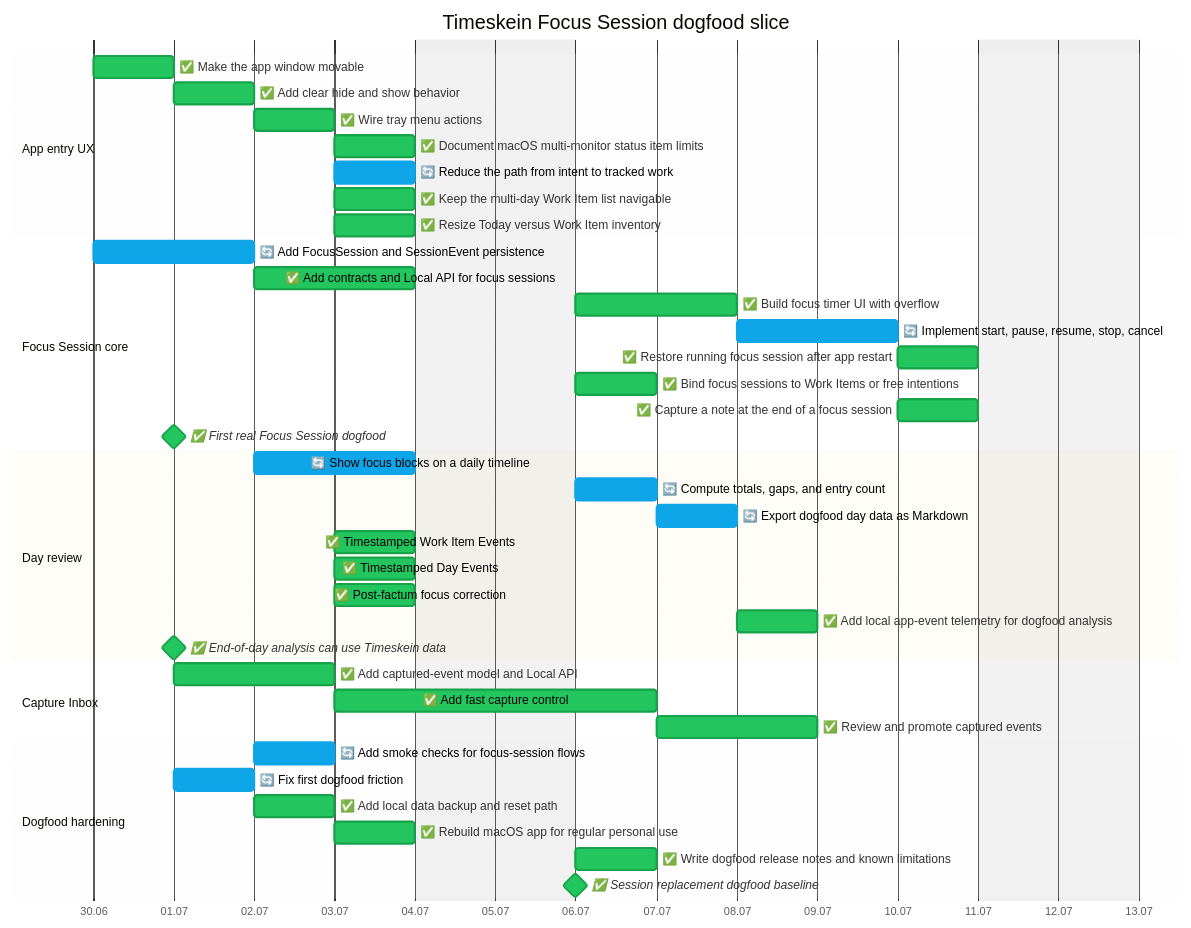
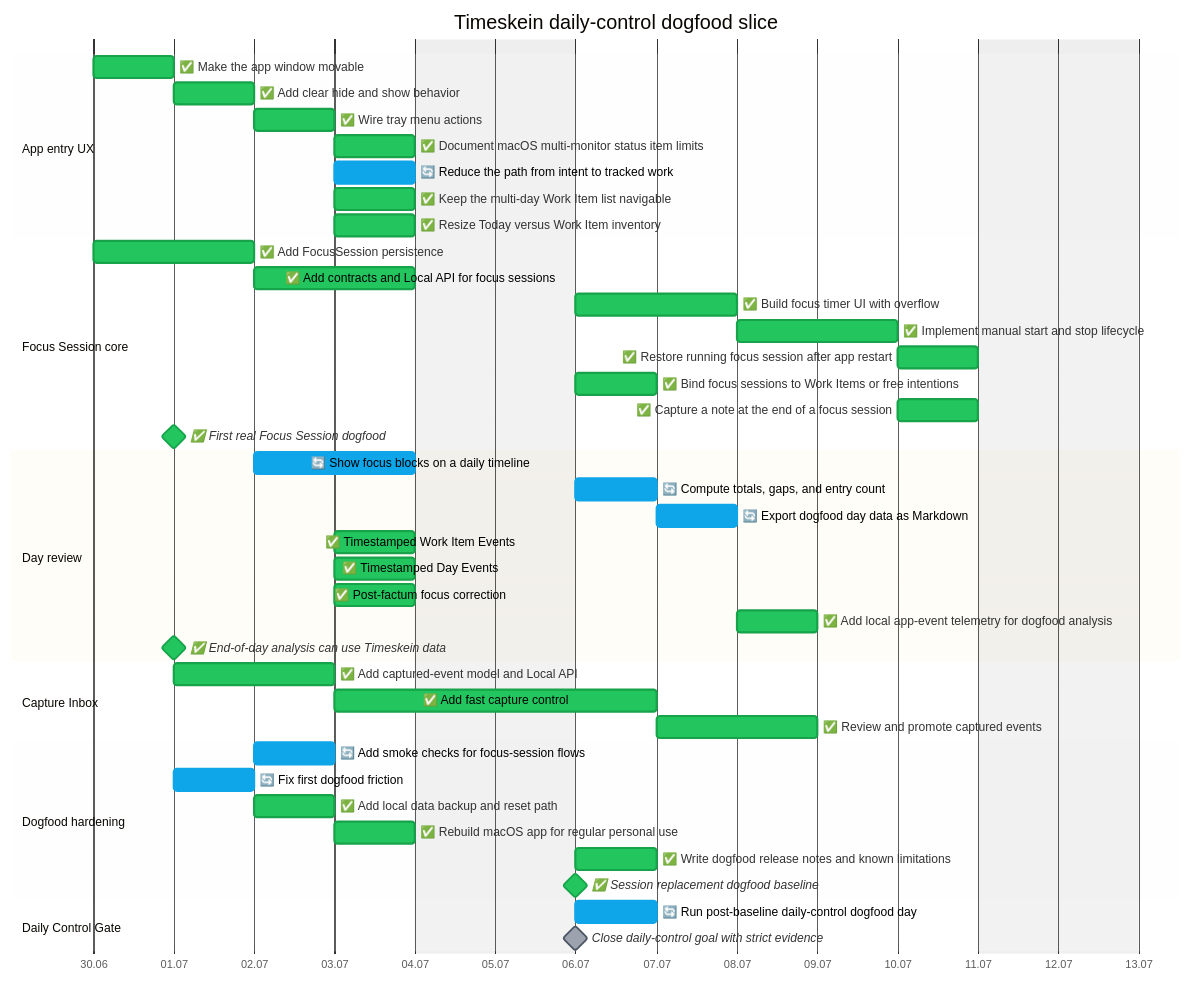
The second of 2 diagrams in docs/roadmap/opskarta.md (asukhodko/timeskein), drawn with Mermaid before and after one commit. The commit also changed other lines of this file and 6 other files, not shown here.

Commit message:
docs: align roadmap with daily-control gate

````diff
--- a/docs/roadmap/opskarta.md
+++ b/docs/roadmap/opskarta.md
@@ -80,47 +83,50 @@
 ```mermaid
 %%{init: {"theme": "base", "themeVariables": {"taskBkgColor": "#9ca3af", "taskBorderColor": "#4b5563", "taskTextColor": "#000000", "taskTextDarkColor": "#000000", "taskTextLightColor": "#000000", "activeTaskBkgColor": "#0ea5e9", "activeTaskBorderColor": "#0ea5e9", "doneTaskBkgColor": "#22c55e", "doneTaskBorderColor": "#16a34a", "critBkgColor": "#fecaca", "critBorderColor": "#fecaca", "todayLineColor": "#ef4444"}} }%%
 
 gantt
-    title Timeskein Focus Session dogfood slice
+    title Timeskein daily-control dogfood slice
     dateFormat YYYY-MM-DD
     axisFormat %d.%m
     excludes weekends
 
     section App entry UX
     ✅ Make the app window movable  :done, ts_ux_entry_window_drag,    2026-06-30, 1d
     ✅ Add clear hide and show behavior  :done, ts_ux_entry_hide_toggle,    2026-07-01, 1d
     ✅ Wire tray menu actions  :done, ts_ux_entry_tray_actions,    2026-07-02, 1d
     ✅ Document macOS multi-monitor status item limits  :done, ts_ux_entry_monitor_policy,    2026-07-03, 1d
     🔄 Reduce the path from intent to tracked work  :active, ts_ux_entry_fast_track_flow,    2026-07-03, 1d
     ✅ Keep the multi-day Work Item list navigable  :done, ts_ux_entry_inventory_modes,    2026-07-03, 1d
     ✅ Resize Today versus Work Item inventory  :done, ts_ux_entry_resizable_today_split,    2026-07-03, 1d
     section Focus Session core
-    🔄 Add FocusSession and SessionEvent persistence  :active, ts_focus_core_model_migrations,    2026-06-30, 2d
+    ✅ Add FocusSession persistence  :done, ts_focus_core_model_migrations,    2026-06-30, 2d
     ✅ Add contracts and Local API for focus sessions  :done, ts_focus_core_contracts_api,    2026-07-02, 2d
     ✅ Build focus timer UI with overflow  :done, ts_focus_core_timer_ui,    2026-07-06, 2d
-    🔄 Implement start, pause, resume, stop, cancel  :active, ts_focus_core_session_lifecycle,    2026-07-08, 2d
+    ✅ Implement manual start and stop lifecycle  :done, ts_focus_core_session_lifecycle,    2026-07-08, 2d
     ✅ Restore running focus session after app restart  :done, ts_focus_core_restart_restore,    2026-07-10, 1d
     ✅ Bind focus sessions to Work Items or free intentions  :done, ts_focus_core_work_item_binding,    2026-07-06, 1d
     ✅ Capture a note at the end of a focus session  :done, ts_focus_core_session_notes,    2026-07-10, 1d
     ✅ First real Focus Session dogfood  :milestone, done, ts_focus_core_dogfood_gate,    2026-07-01, 0d
     section Day review
     🔄 Show focus blocks on a daily timeline  :active, ts_day_review_timeline,    2026-07-02, 2d
     🔄 Compute totals, gaps, and entry count  :active, ts_day_review_totals_gaps,    2026-07-06, 1d
     🔄 Export dogfood day data as Markdown  :active, ts_day_review_export,    2026-07-07, 1d
     ✅ Timestamped Work Item Events  :done, ts_day_review_work_item_events,    2026-07-03, 1d
     ✅ Timestamped Day Events  :done, ts_day_review_day_events,    2026-07-03, 1d
     ✅ Post-factum focus correction  :done, ts_day_review_corrections,    2026-07-03, 1d
     ✅ Add local app-event telemetry for dogfood analysis  :done, ts_day_review_app_telemetry,    2026-07-08, 1d
     ✅ End-of-day analysis can use Timeskein data  :milestone, done, ts_day_review_analysis_gate,    2026-07-01, 0d
     section Capture Inbox
     ✅ Add captured-event model and Local API  :done, ts_capture_model_api,    2026-07-01, 2d
     ✅ Add fast capture control  :done, ts_capture_quick_ui,    2026-07-03, 2d
     ✅ Review and promote captured events  :done, ts_capture_review_flow,    2026-07-07, 2d
     section Dogfood hardening
     🔄 Add smoke checks for focus-session flows  :active, ts_hardening_smoke,    2026-07-02, 1d
     🔄 Fix first dogfood friction  :active, ts_hardening_post_dogfood_friction,    2026-07-01, 1d
     ✅ Add local data backup and reset path  :done, ts_hardening_backup_reset,    2026-07-02, 1d
     ✅ Rebuild macOS app for regular personal use  :done, ts_hardening_package_app,    2026-07-03, 1d
     ✅ Write dogfood release notes and known limitations  :done, ts_hardening_release_notes,    2026-07-06, 1d
     ✅ Session replacement dogfood baseline  :milestone, done, ts_hardening_dogfood_release,    2026-07-06, 0d
+    section Daily Control Gate
+    🔄 Run post-baseline daily-control dogfood day  :active, ts_daily_control_real_day,    2026-07-06, 1d
+    Close daily-control goal with strict evidence  :milestone, ts_daily_control_goal_check,    2026-07-06, 0d
 ```
````
